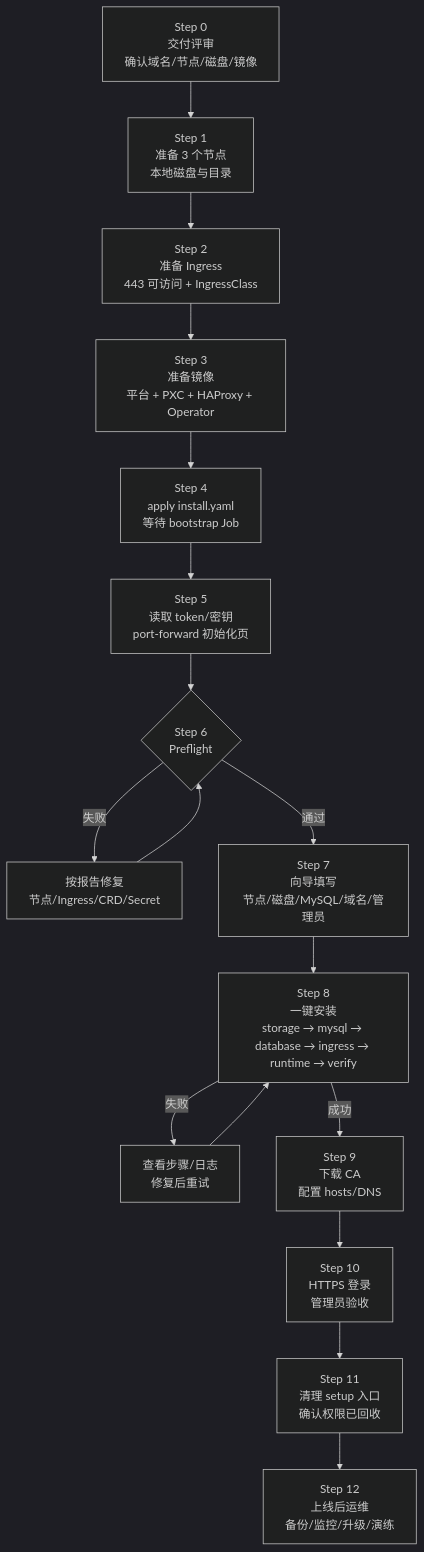
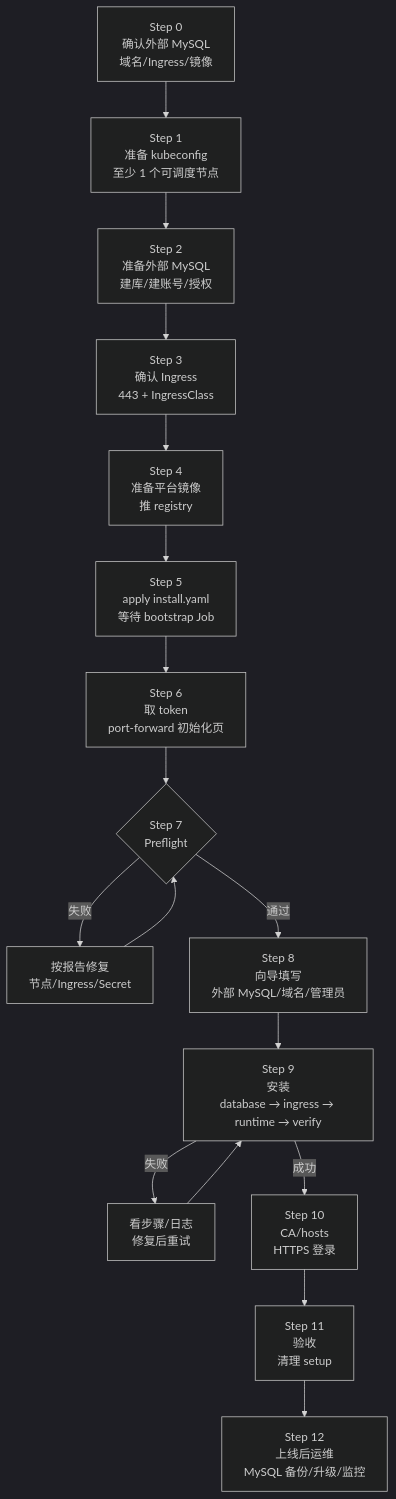
Before and after one commit to todaysu/k8s-platform: the first of 2 diagrams in docs/deployment/install.md, drawn with Mermaid (dark theme). The commit also changed other lines of this file and 17 other files, not shown here.

````diff
--- a/docs/deployment/install.md
+++ b/docs/deployment/install.md
@@ -34,19 +20,19 @@
 ```mermaid
 flowchart TD
-    S0["Step 0<br/>交付评审<br/>确认域名/节点/磁盘/镜像"] --> S1["Step 1<br/>准备 3 个节点<br/>本地磁盘与目录"]
-    S1 --> S2["Step 2<br/>准备 Ingress<br/>443 可访问 + IngressClass"]
-    S2 --> S3["Step 3<br/>准备镜像<br/>平台 + PXC + HAProxy + Operator"]
-    S3 --> S4["Step 4<br/>apply install.yaml<br/>等待 bootstrap Job"]
-    S4 --> S5["Step 5<br/>读取 token/密钥<br/>port-forward 初始化页"]
-    S5 --> S6{"Step 6<br/>Preflight"}
-    S6 -->|失败| S6F["按报告修复<br/>节点/Ingress/CRD/Secret"]
-    S6F --> S6
-    S6 -->|通过| S7["Step 7<br/>向导填写<br/>节点/磁盘/MySQL/域名/管理员"]
-    S7 --> S8["Step 8<br/>一键安装<br/>storage → mysql → database → ingress → runtime → verify"]
-    S8 -->|失败| S8F["查看步骤/日志<br/>修复后重试"]
-    S8F --> S8
-    S8 -->|成功| S9["Step 9<br/>下载 CA<br/>配置 hosts/DNS"]
-    S9 --> S10["Step 10<br/>HTTPS 登录<br/>管理员验收"]
-    S10 --> S11["Step 11<br/>清理 setup 入口<br/>确认权限已回收"]
-    S11 --> S12["Step 12<br/>上线后运维<br/>备份/监控/升级/演练"]
+    A["Step 0<br/>确认外部 MySQL<br/>域名/Ingress/镜像"] --> B["Step 1<br/>准备 kubeconfig<br/>至少 1 个可调度节点"]
+    B --> C["Step 2<br/>准备外部 MySQL<br/>建库/建账号/授权"]
+    C --> D["Step 3<br/>确认 Ingress<br/>443 + IngressClass"]
+    D --> E["Step 4<br/>准备平台镜像<br/>推 registry"]
+    E --> F["Step 5<br/>apply install.yaml<br/>等待 bootstrap Job"]
+    F --> G["Step 6<br/>取 token<br/>port-forward 初始化页"]
+    G --> H{"Step 7<br/>Preflight"}
+    H -->|失败| H1["按报告修复<br/>节点/Ingress/Secret"]
+    H1 --> H
+    H -->|通过| I["Step 8<br/>向导填写<br/>外部 MySQL/域名/管理员"]
+    I --> J["Step 9<br/>安装<br/>database → ingress → runtime → verify"]
+    J -->|失败| J1["看步骤/日志<br/>修复后重试"]
+    J1 --> J
+    J -->|成功| K["Step 10<br/>CA/hosts<br/>HTTPS 登录"]
+    K --> L["Step 11<br/>验收<br/>清理 setup"]
+    L --> M["Step 12<br/>上线后运维<br/>MySQL 备份/升级/监控"]
 ```
````
